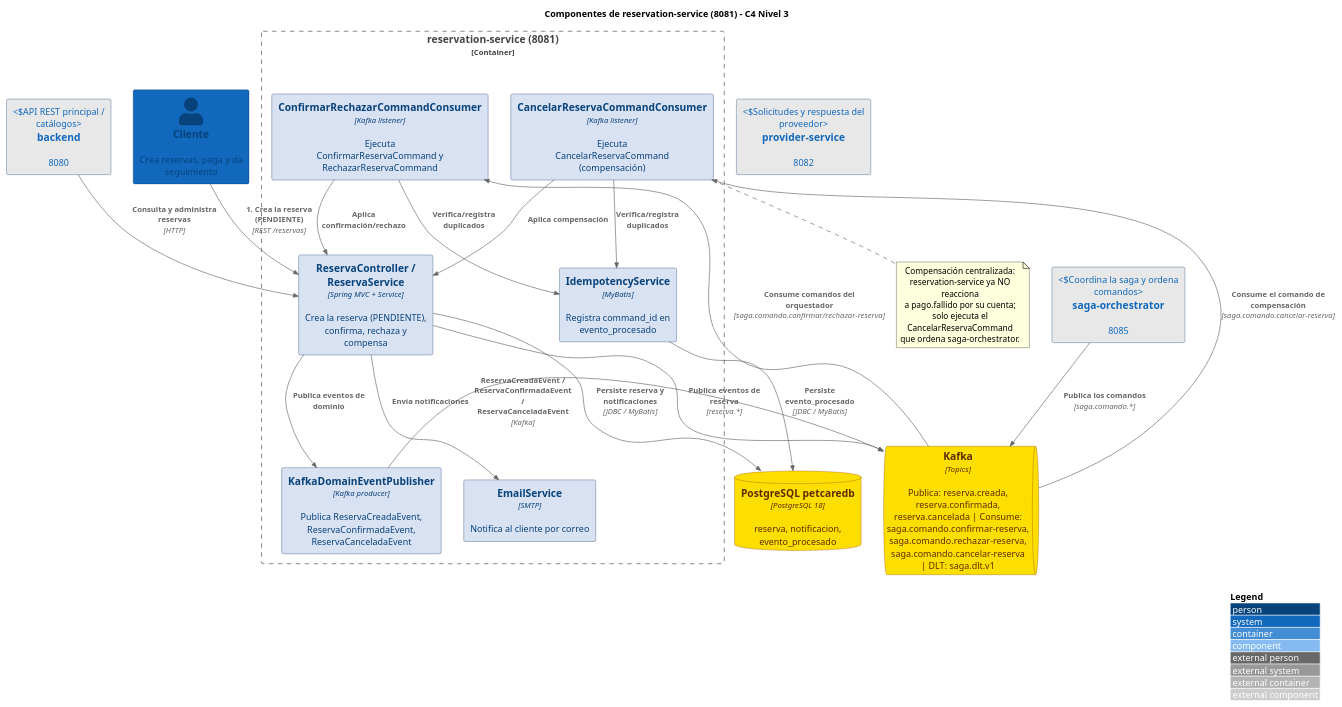
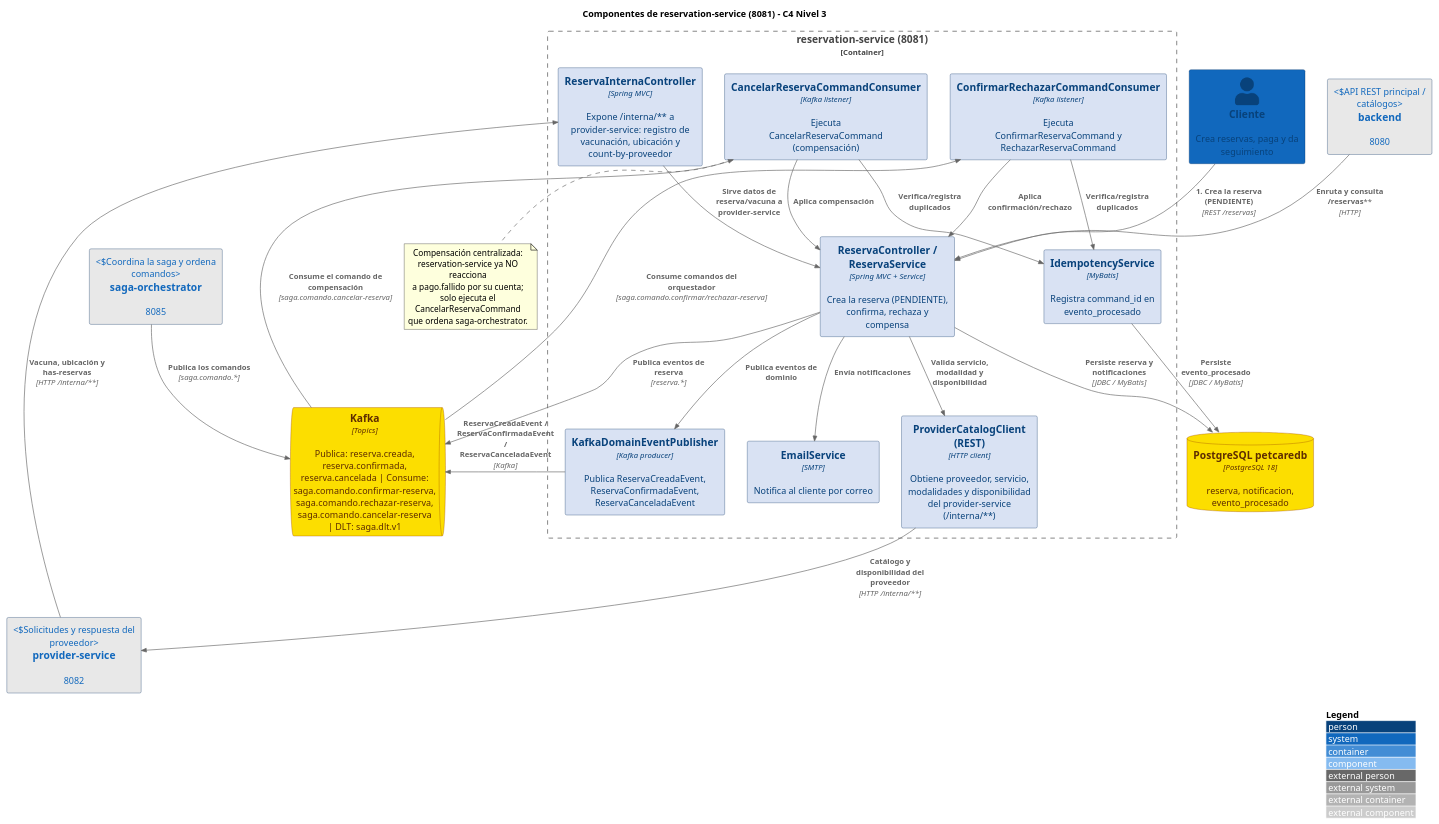
The diagram in diagramas/3-componentes-reservation-service.puml (rolyjuarez/PetCare), drawn with PlantUML before and after one commit. The commit also changed 122 other files, not shown here.

```diff
--- a/diagramas/3-componentes-reservation-service.puml
+++ b/diagramas/3-componentes-reservation-service.puml
@@ -1,76 +1,82 @@
 @startuml
 !includeurl https://raw.githubusercontent.com/plantuml-stdlib/C4-PlantUML/master/C4_Component.puml
 
 ' ============================================================================
 ' PETCare - Componentes de reservation-service (8081) - C4 Nivel 3
 ' ============================================================================
 
 title Componentes de reservation-service (8081) - C4 Nivel 3
 
 ' ---------------------------------------------------------------------------
 ' Estilos
 ' ---------------------------------------------------------------------------
 UpdateElementStyle(component, $fontColor="#08427B", $borderColor="#052F61", $bgColor="#D9E2F3")
 UpdateElementStyle(person, $fontColor="#08427B", $borderColor="#052F61", $bgColor="#1168BD")
 UpdateElementStyle(container, $fontColor="#5D2C00", $borderColor="#963B00", $bgColor="#FCDE00")
 UpdateElementStyle(database, $fontColor="#08427B", $borderColor="#052F61", $bgColor="#A9D2FF")
 UpdateElementStyle(queue, $fontColor="#1168BD", $borderColor="#052F61", $bgColor="#F5F5F5")
 UpdateElementStyle(external_system, $fontColor="#1168BD", $borderColor="#052F61", $bgColor="#E8E8E8")
 UpdateElementStyle(boundary, $borderColor="#2F4F4F", $fontColor="#2F4F4F", $bgColor="#F0F0F0")
 
 ' ---------------------------------------------------------------------------
 ' Personas
 ' ---------------------------------------------------------------------------
 Person(cliente, "Cliente", "Crea reservas, paga y da seguimiento")
 
 ' ---------------------------------------------------------------------------
 ' Elementos externos
 ' ---------------------------------------------------------------------------
 System_Ext(sa, "saga-orchestrator", "8085", "Coordina la saga y ordena comandos")
 System_Ext(backend, "backend", "8080", "API REST principal / catálogos")
 System_Ext(ps, "provider-service", "8082", "Solicitudes y respuesta del proveedor")
 
 ContainerQueue(kafka, "Kafka", "Topics", "Publica: reserva.creada, reserva.confirmada, reserva.cancelada | Consume: saga.comando.confirmar-reserva, saga.comando.rechazar-reserva, saga.comando.cancelar-reserva | DLT: saga.dlt.v1")
 ContainerDb(db, "PostgreSQL petcaredb", "PostgreSQL 18", "reserva, notificacion, evento_procesado")
 
 ' ---------------------------------------------------------------------------
 ' Componentes internos
 ' ---------------------------------------------------------------------------
 Container_Boundary(rs, "reservation-service (8081)") {
     Component(rs_api, "ReservaController / ReservaService", "Spring MVC + Service", "Crea la reserva (PENDIENTE), confirma, rechaza y compensa")
+    Component(rs_interna, "ReservaInternaController", "Spring MVC", "Expone /interna/** a provider-service: registro de vacunación, ubicación y count-by-proveedor")
+    Component(rs_provider, "ProviderCatalogClient (REST)", "HTTP client", "Obtiene proveedor, servicio, modalidades y disponibilidad del provider-service (/interna/**)")
     Component(rs_confirmar, "ConfirmarRechazarCommandConsumer", "Kafka listener", "Ejecuta ConfirmarReservaCommand y RechazarReservaCommand")
     Component(rs_cancelar, "CancelarReservaCommandConsumer", "Kafka listener", "Ejecuta CancelarReservaCommand (compensación)")
     Component(rs_pub, "KafkaDomainEventPublisher", "Kafka producer", "Publica ReservaCreadaEvent, ReservaConfirmadaEvent, ReservaCanceladaEvent")
     Component(rs_idem, "IdempotencyService", "MyBatis", "Registra command_id en evento_procesado")
     Component(rs_email, "EmailService", "SMTP", "Notifica al cliente por correo")
 
     Rel(rs_api, rs_pub, "Publica eventos de dominio")
     Rel(rs_api, rs_email, "Envía notificaciones")
+    Rel(rs_api, rs_provider, "Valida servicio, modalidad y disponibilidad")
+    Rel(rs_interna, rs_api, "Sirve datos de reserva/vacuna a provider-service")
     Rel(rs_confirmar, rs_api, "Aplica confirmación/rechazo")
     Rel(rs_cancelar, rs_api, "Aplica compensación")
     Rel(rs_confirmar, rs_idem, "Verifica/registra duplicados")
     Rel(rs_cancelar, rs_idem, "Verifica/registra duplicados")
 }
 
 ' ---------------------------------------------------------------------------
 ' Relaciones con el exterior
 ' ---------------------------------------------------------------------------
 Rel(cliente, rs_api, "1. Crea la reserva (PENDIENTE)", "REST /reservas")
-Rel(backend, rs_api, "Consulta y administra reservas", "HTTP")
+Rel(backend, rs_api, "Enruta y consulta /reservas**", "HTTP")
+Rel(rs_provider, ps, "Catálogo y disponibilidad del proveedor", "HTTP /interna/**")
+Rel(ps, rs_interna, "Vacuna, ubicación y has-reservas", "HTTP /interna/**")
 Rel(rs_api, kafka, "Publica eventos de reserva", "reserva.*")
 Rel(kafka, rs_confirmar, "Consume comandos del orquestador", "saga.comando.confirmar/rechazar-reserva")
 Rel(kafka, rs_cancelar, "Consume el comando de compensación", "saga.comando.cancelar-reserva")
 Rel(rs_pub, kafka, "ReservaCreadaEvent / ReservaConfirmadaEvent / ReservaCanceladaEvent", "Kafka")
 Rel(sa, kafka, "Publica los comandos", "saga.comando.*")
 Rel(rs_api, db, "Persiste reserva y notificaciones", "JDBC / MyBatis")
 Rel(rs_idem, db, "Persiste evento_procesado", "JDBC / MyBatis")
 
 note bottom of rs_cancelar
   Compensación centralizada: reservation-service ya NO reacciona
   a pago.fallido por su cuenta; solo ejecuta el CancelarReservaCommand
   que ordena saga-orchestrator.
 end note
 
 LAYOUT_WITH_LEGEND()
 
 @enduml
```
